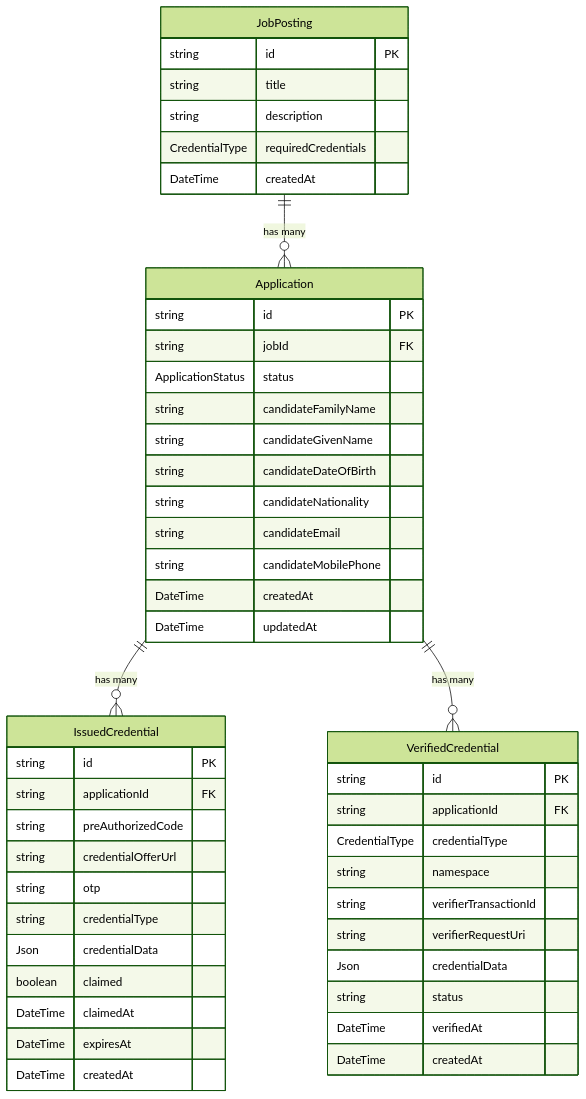
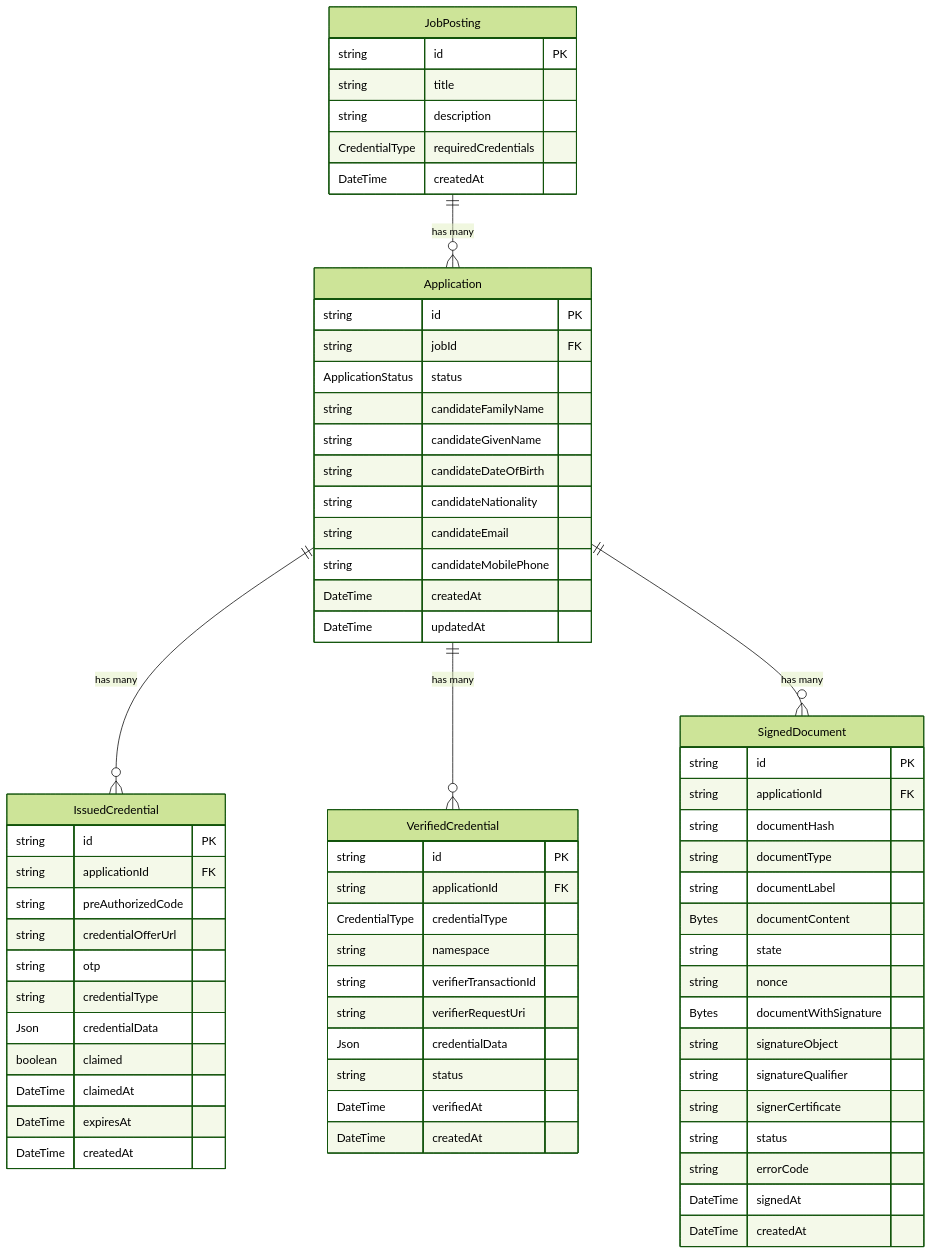
The eighth of 10 diagrams in docs/flowcharts.md (eu-digital-identity-wallet/eudi-web-recruitment-service-demo), drawn with Mermaid (forest theme) before and after one commit. The commit also changed other lines of this file and 1 other file, not shown here.

````diff
--- a/docs/flowcharts.md
+++ b/docs/flowcharts.md
@@ -320,55 +464,75 @@
 ```mermaid
 erDiagram
     JobPosting ||--o{ Application : "has many"
     Application ||--o{ IssuedCredential : "has many"
     Application ||--o{ VerifiedCredential : "has many"
+    Application ||--o{ SignedDocument : "has many"
 
     JobPosting {
         string id PK
         string title
         string description
         CredentialType requiredCredentials
         DateTime createdAt
     }
 
     Application {
         string id PK
         string jobId FK
         ApplicationStatus status
         string candidateFamilyName
         string candidateGivenName
         string candidateDateOfBirth
         string candidateNationality
         string candidateEmail
         string candidateMobilePhone
         DateTime createdAt
         DateTime updatedAt
     }
 
     IssuedCredential {
         string id PK
         string applicationId FK
         string preAuthorizedCode
         string credentialOfferUrl
         string otp
         string credentialType
         Json credentialData
         boolean claimed
         DateTime claimedAt
         DateTime expiresAt
         DateTime createdAt
     }
 
     VerifiedCredential {
         string id PK
         string applicationId FK
         CredentialType credentialType
         string namespace
         string verifierTransactionId
         string verifierRequestUri
         Json credentialData
         string status
         DateTime verifiedAt
         DateTime createdAt
     }
+
+    SignedDocument {
+        string id PK
+        string applicationId FK
+        string documentHash
+        string documentType
+        string documentLabel
+        Bytes documentContent
+        string state
+        string nonce
+        Bytes documentWithSignature
+        string signatureObject
+        string signatureQualifier
+        string signerCertificate
+        string status
+        string errorCode
+        DateTime signedAt
+        DateTime createdAt
+    }
 ```
````
